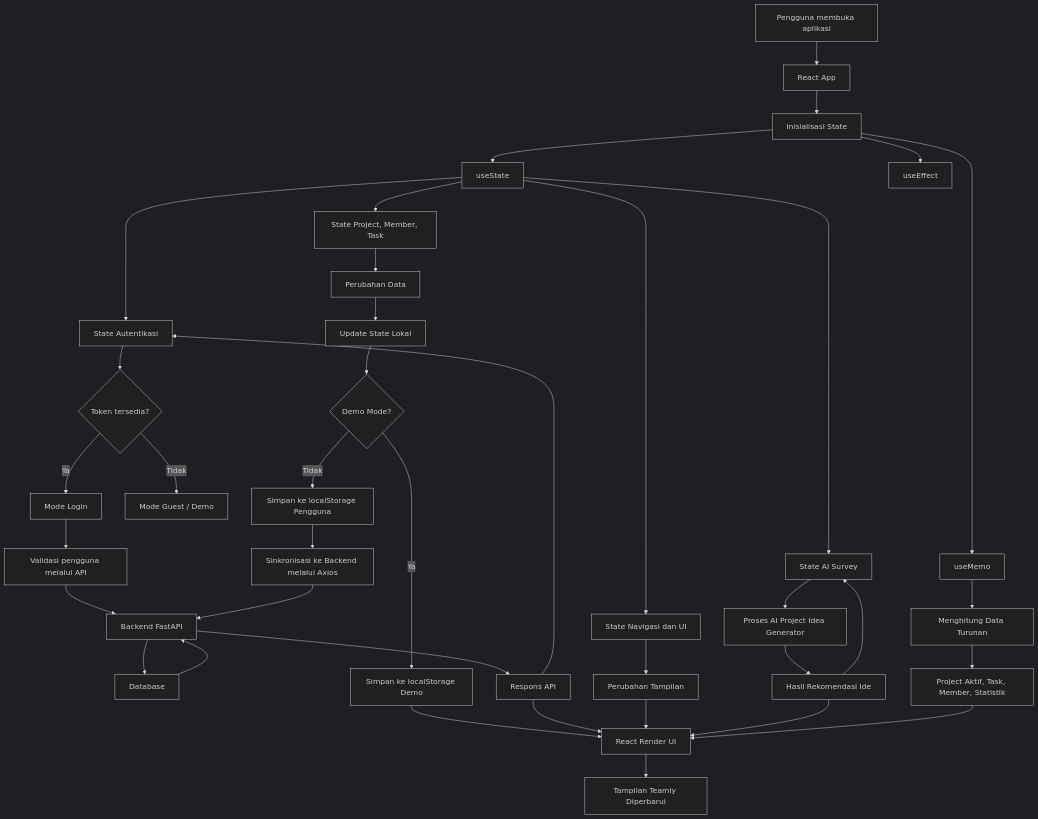
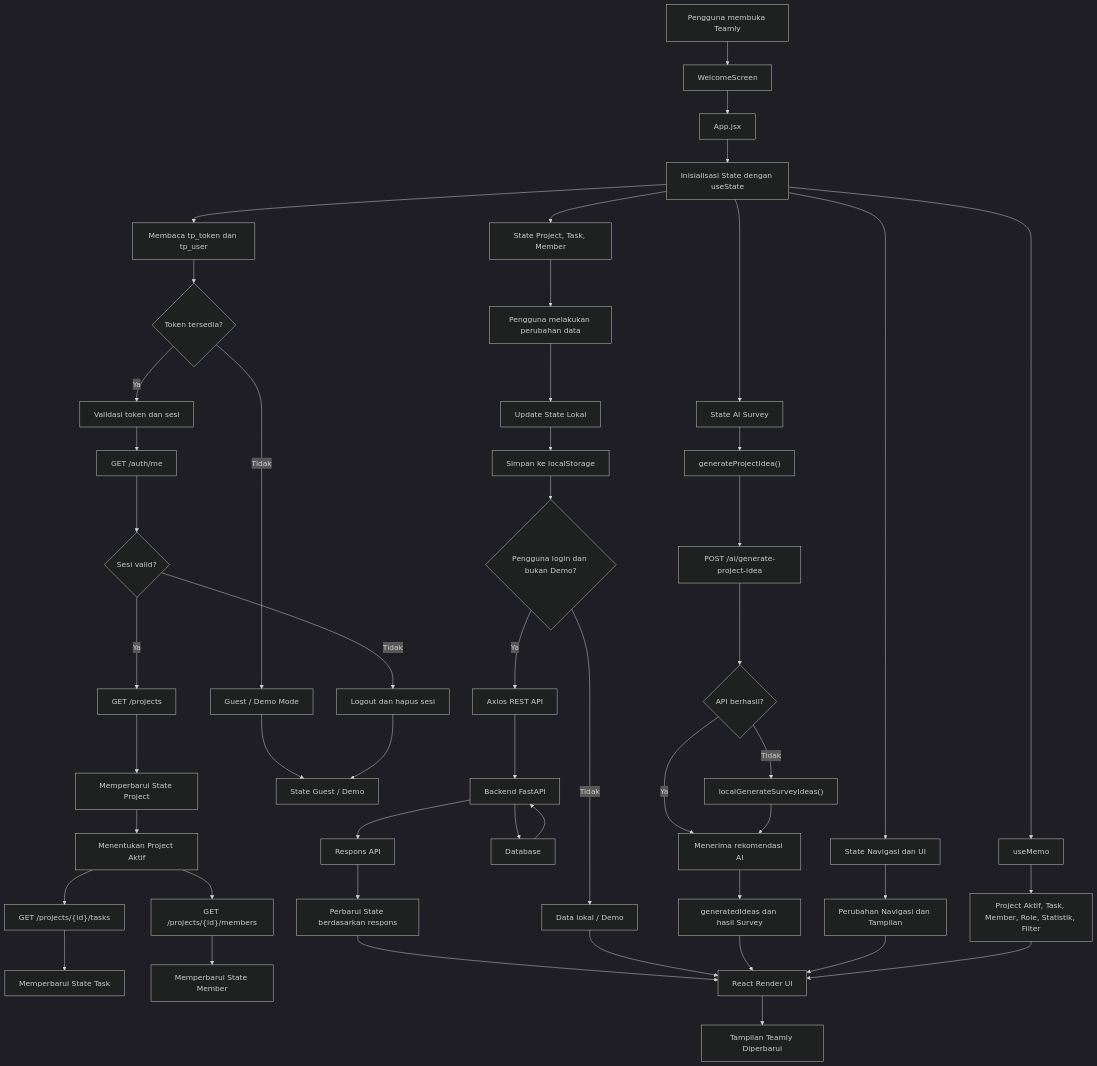
One commit to nahdahchaidir/Teamly changed the diagram in docs/state-management/teamly-state-management.md. Above: the diagram before and after it, drawn with Mermaid (dark theme). The commit also changed other lines of this file and 1 other file, not shown here.

Commit message:
Perbarui ERD dan State Management berdasarkan implementasi terbaru

````diff
--- a/docs/state-management/teamly-state-management.md
+++ b/docs/state-management/teamly-state-management.md
@@ -20,49 +78,66 @@
 ```mermaid
 flowchart TD
-    A["Pengguna membuka aplikasi"] --> B["React App"]
-    B --> C["Inisialisasi State"]
+    A["Pengguna membuka Teamly"] --> B["WelcomeScreen"]
+    B --> C["App.jsx"]
+    C --> D["Inisialisasi State dengan useState"]
 
-    C --> D["useState"]
-    C --> E["useEffect"]
-    C --> F["useMemo"]
+    D --> E["Membaca tp_token dan tp_user"]
+    E --> F{"Token tersedia?"}
 
-    D --> G["State Autentikasi"]
-    D --> H["State Project, Member, Task"]
-    D --> I["State Navigasi dan UI"]
-    D --> J["State AI Survey"]
+    F -->|Tidak| G["Guest / Demo Mode"]
+    F -->|Ya| H["Validasi token dan sesi"]
 
-    G --> K{"Token tersedia?"}
-    K -->|Ya| L["Mode Login"]
-    K -->|Tidak| M["Mode Guest / Demo"]
+    H --> I["GET /auth/me"]
+    I --> J{"Sesi valid?"}
+    J -->|Tidak| K["Logout dan hapus sesi"]
+    J -->|Ya| L["GET /projects"]
 
-    L --> N["Validasi pengguna melalui API"]
-    N --> O["Backend FastAPI"]
-    O --> P["Database"]
-    P --> O
-    O --> Q["Respons API"]
-    Q --> G
+    L --> M["Memperbarui State Project"]
+    M --> N["Menentukan Project Aktif"]
+    N --> O["GET /projects/{id}/tasks"]
+    N --> P["GET /projects/{id}/members"]
 
-    H --> R["Perubahan Data"]
-    R --> S["Update State Lokal"]
+    O --> Q["Memperbarui State Task"]
+    P --> R["Memperbarui State Member"]
 
-    S --> T{"Demo Mode?"}
-    T -->|Ya| U["Simpan ke localStorage Demo"]
-    T -->|Tidak| V["Simpan ke localStorage Pengguna"]
-    V --> W["Sinkronisasi ke Backend melalui Axios"]
-    W --> O
+    G --> S["State Guest / Demo"]
+    K --> S
 
-    I --> X["Perubahan Tampilan"]
-    J --> Y["Proses AI Project Idea Generator"]
-    Y --> Z["Hasil Rekomendasi Ide"]
-    Z --> J
+    D --> T["State Navigasi dan UI"]
+    D --> U["State AI Survey"]
+    D --> V["State Project, Task, Member"]
 
-    F --> AA["Menghitung Data Turunan"]
-    AA --> AB["Project Aktif, Task, Member, Statistik"]
+    V --> W["Pengguna melakukan perubahan data"]
+    W --> X["Update State Lokal"]
+    X --> Y["Simpan ke localStorage"]
 
-    U --> AC["React Render UI"]
-    Q --> AC
-    X --> AC
-    Z --> AC
-    AB --> AC
-    AC --> AD["Tampilan Teamly Diperbarui"]
+    Y --> Z{"Pengguna login dan bukan Demo?"}
+    Z -->|Tidak| AA["Data lokal / Demo"]
+    Z -->|Ya| AB["Axios REST API"]
+    AB --> AC["Backend FastAPI"]
+    AC --> AD["Database"]
+    AD --> AC
+    AC --> AE["Respons API"]
+    AE --> AF["Perbarui State berdasarkan respons"]
+
+    U --> AG["generateProjectIdea()"]
+    AG --> AH["POST /ai/generate-project-idea"]
+    AH --> AI{"API berhasil?"}
+    AI -->|Ya| AJ["Menerima rekomendasi AI"]
+    AI -->|Tidak| AK["localGenerateSurveyIdeas()"]
+    AK --> AJ
+    AJ --> AL["generatedIdeas dan hasil Survey"]
+
+    T --> AM["Perubahan Navigasi dan Tampilan"]
+
+    D --> AN["useMemo"]
+    AN --> AO["Project Aktif, Task, Member, Role, Statistik, Filter"]
+
+    AF --> AP["React Render UI"]
+    AA --> AP
+    AL --> AP
+    AM --> AP
+    AO --> AP
+
+    AP --> AQ["Tampilan Teamly Diperbarui"]
 ```
````
